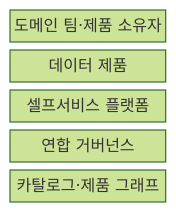
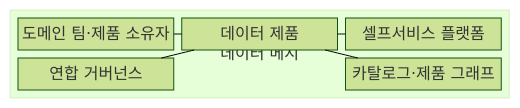
One commit to agnusdei1207/knowledge-base changed the first of 2 diagrams in src/content/docs/notes/03-software/131_data_mesh.md. Above: the diagram before and after it, drawn with Mermaid (forest theme). The commit also changed other lines of this file and 20 other files, not shown here.

````diff
--- a/src/content/docs/notes/03-software/131_data_mesh.md
+++ b/src/content/docs/notes/03-software/131_data_mesh.md
@@ -57,9 +57,17 @@
 ```mermaid
-block-beta
+block
     columns 1
-    A["도메인 팀·제품 소유자"]
-    B["데이터 제품"]
-    C["셀프서비스 플랫폼"]
-    D["연합 거버넌스"]
-    E["카탈로그·제품 그래프"]
+    block:MESH["데이터 메시"]
+        columns 3
+        A["도메인 팀·제품 소유자"]
+        B["데이터 제품"]
+        C["셀프서비스 플랫폼"]
+        D["연합 거버넌스"]
+        space
+        E["카탈로그·제품 그래프"]
+    end
+    A --- B
+    B --- C
+    B --- D
+    B --- E
 ```
````
